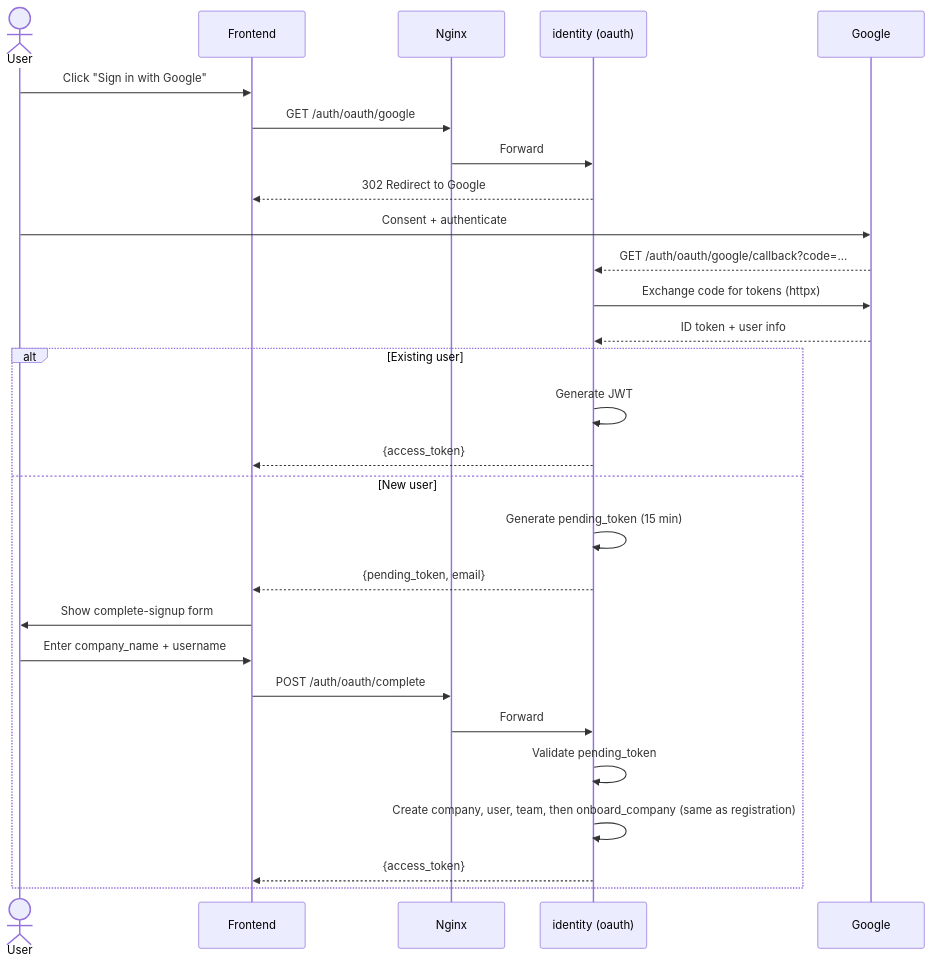
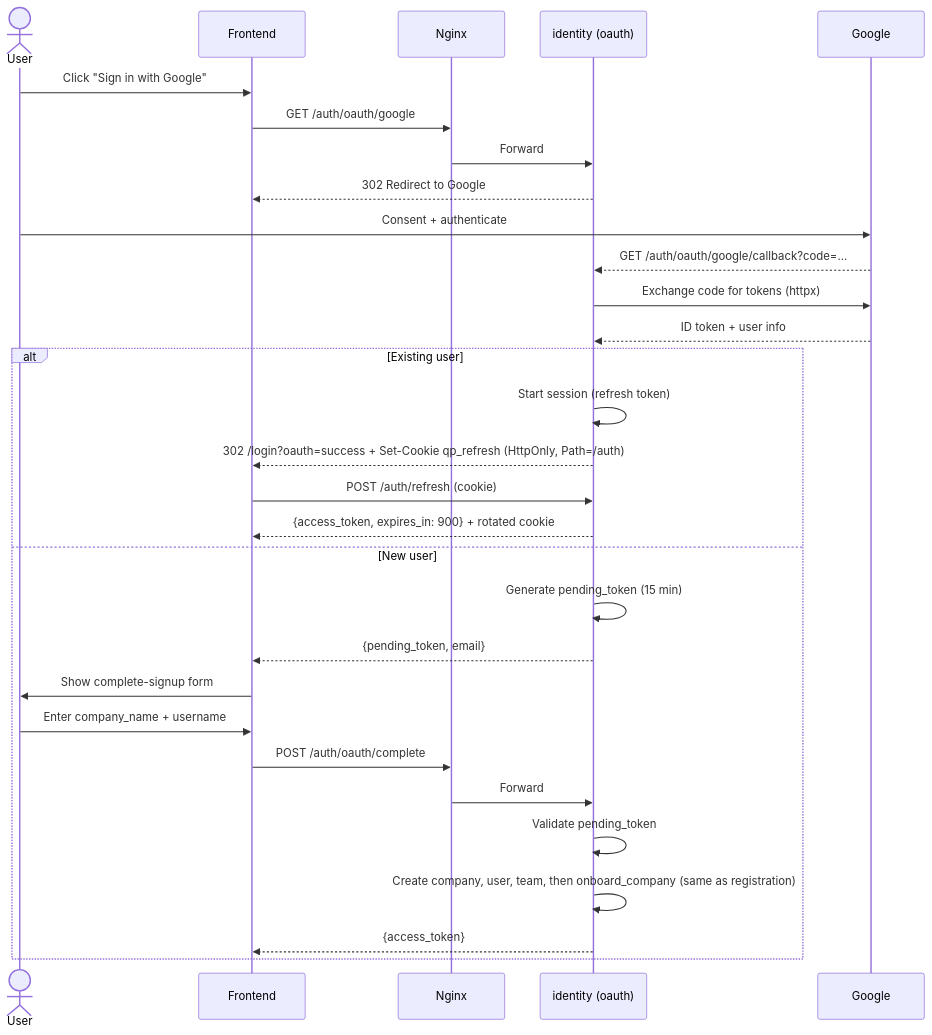
Before and after one commit to yavorm-tech/query-prism: the second of 7 diagrams in docs/diagrams/sequence-diagrams.md, drawn with Mermaid. The commit also changed other lines of this file and 68 other files, not shown here.

````diff
--- a/docs/diagrams/sequence-diagrams.md
+++ b/docs/diagrams/sequence-diagrams.md
@@ -49,34 +49,36 @@
 ```mermaid
 sequenceDiagram
     actor User
     participant Frontend
     participant Nginx
     participant Identity as identity (oauth)
     participant Google
 
     User->>Frontend: Click "Sign in with Google"
     Frontend->>Nginx: GET /auth/oauth/google
     Nginx->>Identity: Forward
     Identity-->>Frontend: 302 Redirect to Google
 
     User->>Google: Consent + authenticate
     Google-->>Identity: GET /auth/oauth/google/callback?code=…
 
     Identity->>Google: Exchange code for tokens (httpx)
     Google-->>Identity: ID token + user info
 
     alt Existing user
-        Identity->>Identity: Generate JWT
-        Identity-->>Frontend: {access_token}
+        Identity->>Identity: Start session (refresh token)
+        Identity-->>Frontend: 302 /login?oauth=success + Set-Cookie qp_refresh (HttpOnly, Path=/auth)
+        Frontend->>Identity: POST /auth/refresh (cookie)
+        Identity-->>Frontend: {access_token, expires_in: 900} + rotated cookie
     else New user
         Identity->>Identity: Generate pending_token (15 min)
         Identity-->>Frontend: {pending_token, email}
         Frontend->>User: Show complete-signup form
         User->>Frontend: Enter company_name + username
         Frontend->>Nginx: POST /auth/oauth/complete
         Nginx->>Identity: Forward
         Identity->>Identity: Validate pending_token
         Identity->>Identity: Create company, user, team, then onboard_company (same as registration)
         Identity-->>Frontend: {access_token}
     end
 ```
````
